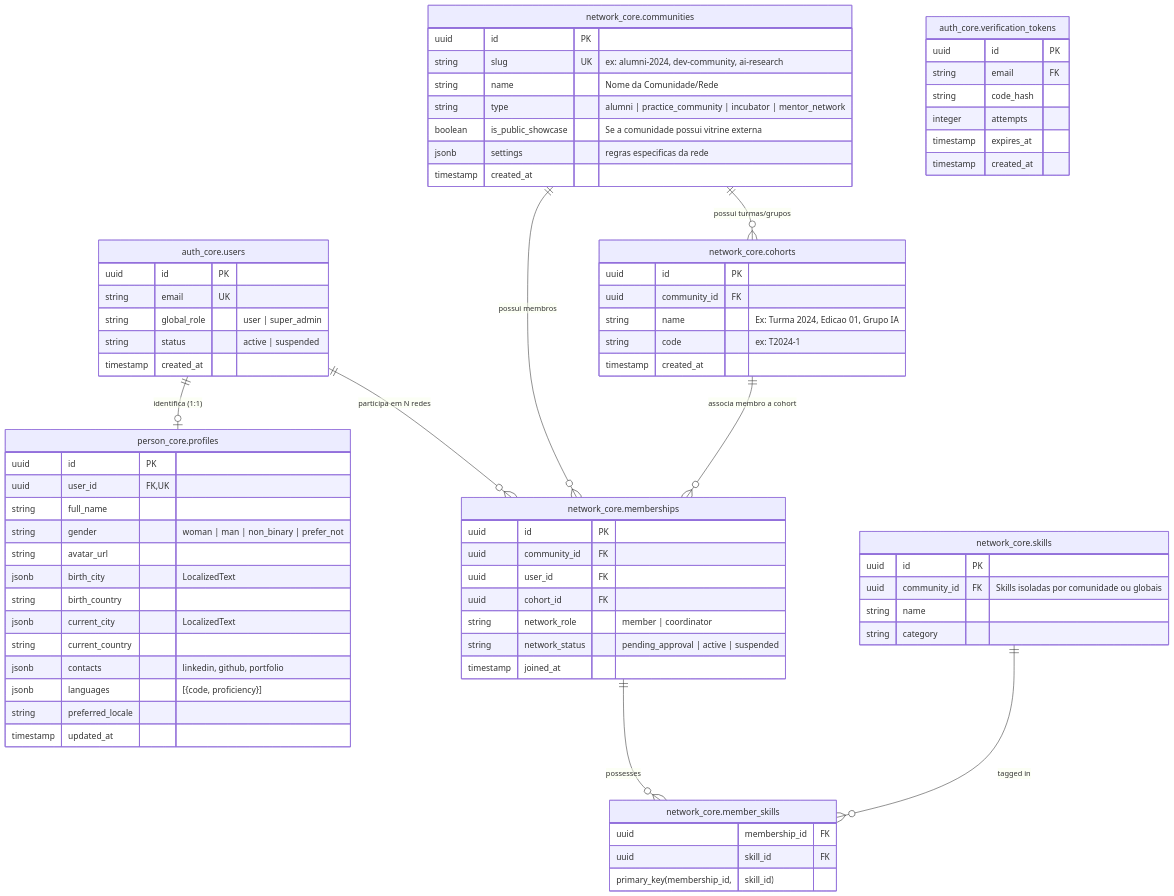
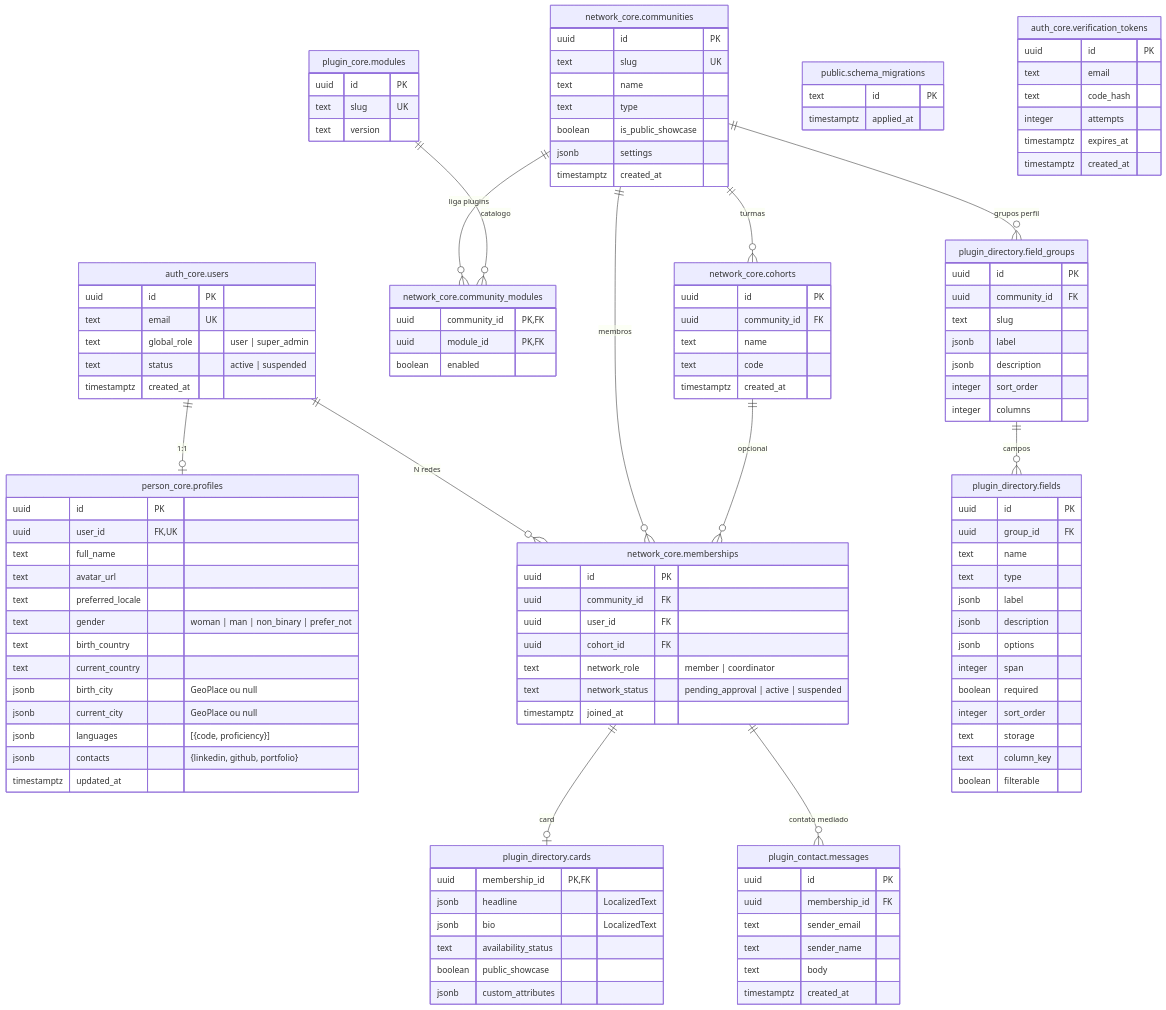
The diagram in docs/architecture/diagrams/alumni-database.md (colabcolibri/comuna), drawn with Mermaid before and after one commit. The commit also changed other lines of this file and 34 other files, not shown here.

First line of the commit message:
feat(directory): ship community field catalog, profile templates, and facets

````diff
--- a/docs/architecture/diagrams/alumni-database.md
+++ b/docs/architecture/diagrams/alumni-database.md
@@ -11,53 +11,83 @@
 ```mermaid
 erDiagram
-    "auth_core.users" ||--O| "person_core.profiles" : "identifica (1:1)"
-    "auth_core.users" ||--O{ "network_core.memberships" : "participa em N redes"
-    "network_core.communities" ||--O{ "network_core.memberships" : "possui membros"
-    "network_core.communities" ||--O{ "network_core.cohorts" : "possui turmas/grupos"
-    "network_core.cohorts" ||--O{ "network_core.memberships" : "associa membro a cohort"
-    "network_core.memberships" ||--O{ "network_core.member_skills" : "possesses"
-    "network_core.skills" ||--O{ "network_core.member_skills" : "tagged in"
+    "auth_core.users" ||--O| "person_core.profiles" : "1:1"
+    "auth_core.users" ||--O{ "network_core.memberships" : "N redes"
+    "network_core.communities" ||--O{ "network_core.memberships" : "membros"
+    "network_core.communities" ||--O{ "network_core.community_modules" : "liga plugins"
+    "plugin_core.modules" ||--O{ "network_core.community_modules" : "catalogo"
+    "network_core.communities" ||--O{ "network_core.cohorts" : "turmas"
+    "network_core.cohorts" ||--O{ "network_core.memberships" : "opcional"
+    "network_core.memberships" ||--o| "plugin_directory.cards" : "card"
+    "network_core.communities" ||--O{ "plugin_directory.field_groups" : "grupos perfil"
+    "plugin_directory.field_groups" ||--O{ "plugin_directory.fields" : "campos"
+    "network_core.memberships" ||--O{ "plugin_contact.messages" : "contato mediado"
+
+    "public.schema_migrations" {
+        text id PK
+        timestamptz applied_at
+    }
 
     "auth_core.users" {
         uuid id PK
-        string email UK
-        string global_role "user | super_admin"
-        string status "active | suspended"
-        timestamp created_at
+        text email UK
+        text global_role "user | super_admin"
+        text status "active | suspended"
+        timestamptz created_at
+    }
+
+    "auth_core.verification_tokens" {
+        uuid id PK
+        text email
+        text code_hash
+        integer attempts
+        timestamptz expires_at
+        timestamptz created_at
     }
 
     "person_core.profiles" {
         uuid id PK
         uuid user_id FK, UK
-        string full_name
-        string gender "woman | man | non_binary | prefer_not"
-        string avatar_url
-        jsonb birth_city "LocalizedText"
-        string birth_country
-        jsonb current_city "LocalizedText"
-        string current_country
-        jsonb contacts "linkedin, github, portfolio"
+        text full_name
+        text avatar_url
+        text preferred_locale
+        text gender "woman | man | non_binary | prefer_not"
+        text birth_country
+        text current_country
+        jsonb birth_city "GeoPlace ou null"
+        jsonb current_city "GeoPlace ou null"
         jsonb languages "[{code, proficiency}]"
-        string preferred_locale
-        timestamp updated_at
+        jsonb contacts "{linkedin, github, portfolio}"
+        timestamptz updated_at
+    }
+
+    "plugin_core.modules" {
+        uuid id PK
+        text slug UK
+        text version
+    }
+
+    "network_core.community_modules" {
+        uuid community_id PK, FK
+        uuid module_id PK, FK
+        boolean enabled
     }
 
     "network_core.communities" {
         uuid id PK
-        string slug UK "ex: alumni-2024, dev-community, ai-research"
-        string name "Nome da Comunidade/Rede"
-        string type "alumni | practice_community | incubator | mentor_network"
-        boolean is_public_showcase "Se a comunidade possui vitrine externa"
-        jsonb settings "regras especificas da rede"
-        timestamp created_at
+        text slug UK
+        text name
+        text type
+        boolean is_public_showcase
+        jsonb settings
+        timestamptz created_at
     }
 
     "network_core.cohorts" {
         uuid id PK
         uuid community_id FK
-        string name "Ex: Turma 2024, Edicao 01, Grupo IA"
-        string code "ex: T2024-1"
-        timestamp created_at
+        text name
+        text code
+        timestamptz created_at
     }
 
     "network_core.memberships" {
@@ -65,30 +95,52 @@
         uuid community_id FK
         uuid user_id FK
         uuid cohort_id FK
-        string network_role "member | coordinator"
-        string network_status "pending_approval | active | suspended"
-        timestamp joined_at
+        text network_role "member | coordinator"
+        text network_status "pending_approval | active | suspended"
+        timestamptz joined_at
     }
 
-    "network_core.skills" {
-        uuid id PK
-        uuid community_id FK "Skills isoladas por comunidade ou globais"
-        string name
-        string category
+    "plugin_directory.cards" {
+        uuid membership_id PK, FK
+        jsonb headline "LocalizedText"
+        jsonb bio "LocalizedText"
+        text availability_status
+        boolean public_showcase
+        jsonb custom_attributes
     }
 
-    "network_core.member_skills" {
-        uuid membership_id FK
-        uuid skill_id FK
-        primary_key(membership_id, skill_id)
+    "plugin_directory.field_groups" {
+        uuid id PK
+        uuid community_id FK
+        text slug
+        jsonb label
+        jsonb description
+        integer sort_order
+        integer columns
     }
 
-    "auth_core.verification_tokens" {
+    "plugin_directory.fields" {
         uuid id PK
-        string email FK
-        string code_hash
-        integer attempts
-        timestamp expires_at
-        timestamp created_at
+        uuid group_id FK
+        text name
+        text type
+        jsonb label
+        jsonb description
+        jsonb options
+        integer span
+        boolean required
+        integer sort_order
+        text storage
+        text column_key
+        boolean filterable
+    }
+
+    "plugin_contact.messages" {
+        uuid id PK
+        uuid membership_id FK
+        text sender_email
+        text sender_name
+        text body
+        timestamptz created_at
     }
 ```
````
